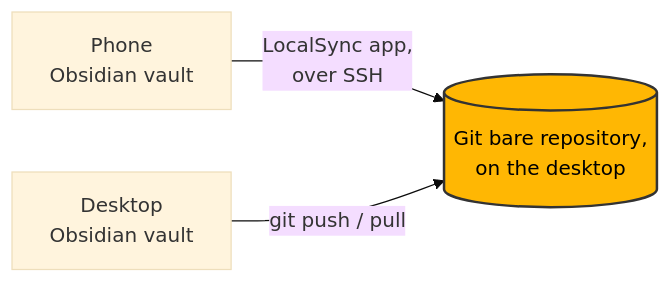
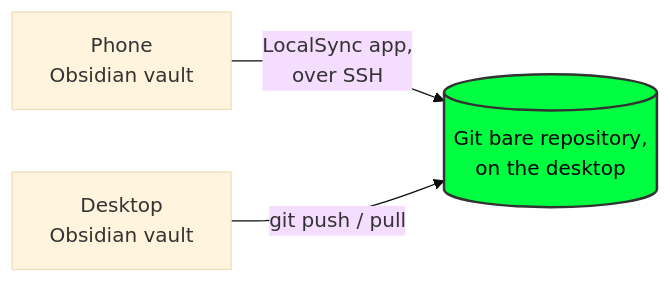
The diagram in docs/desktop-setup.md (eiger3970/localsync), drawn with Mermaid (base theme) before and after one commit. The commit also changed other lines of this file and 1 other file, not shown here.

````diff
--- a/docs/desktop-setup.md
+++ b/docs/desktop-setup.md
@@ -14,6 +16,6 @@
 ```mermaid
 graph LR
     A["Phone<br/>Obsidian vault"] -- "LocalSync app,<br/>over SSH" --> B[("Git bare repository,<br/>on the desktop")]
     C["Desktop<br/>Obsidian vault"] -- "git push / pull" --> B
-    style B fill:#ffb703,stroke:#333,stroke-width:2px,color:#000
+    style B fill:#00FF41,stroke:#333,stroke-width:2px,color:#000
 ```
````
